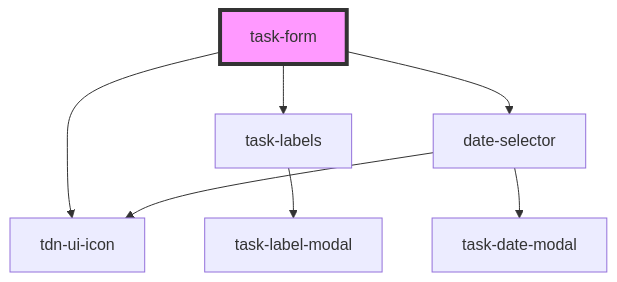
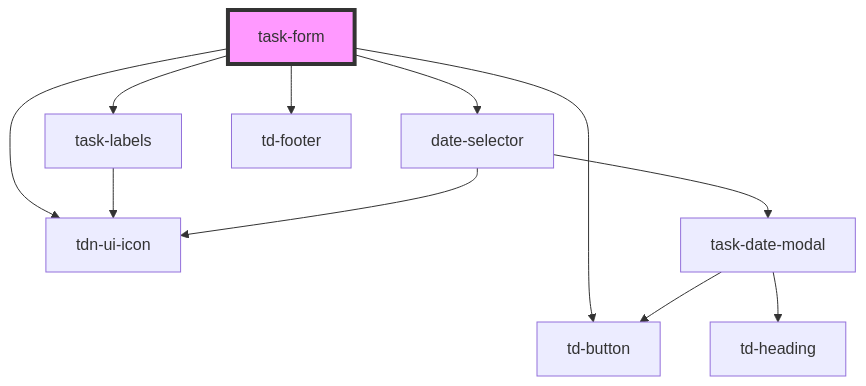
One commit to ajarana/to-done changed the diagram in libs/ui/src/components/task-form/readme.md. Above: the diagram before and after it, drawn with Mermaid. The commit also changed other lines of this file and 63 other files, not shown here.

Commit message:
Task form updates; styling updates; more stencil components; slots

````diff
--- a/libs/ui/src/components/task-form/readme.md
+++ b/libs/ui/src/components/task-form/readme.md
@@ -31,10 +34,14 @@
 ```mermaid
 graph TD;
+  task-form --> td-button
   task-form --> tdn-ui-icon
   task-form --> task-labels
   task-form --> date-selector
-  task-labels --> task-label-modal
+  task-form --> td-footer
+  task-labels --> tdn-ui-icon
   date-selector --> tdn-ui-icon
   date-selector --> task-date-modal
+  task-date-modal --> td-heading
+  task-date-modal --> td-button
   style task-form fill:#f9f,stroke:#333,stroke-width:4px
 ```
````
